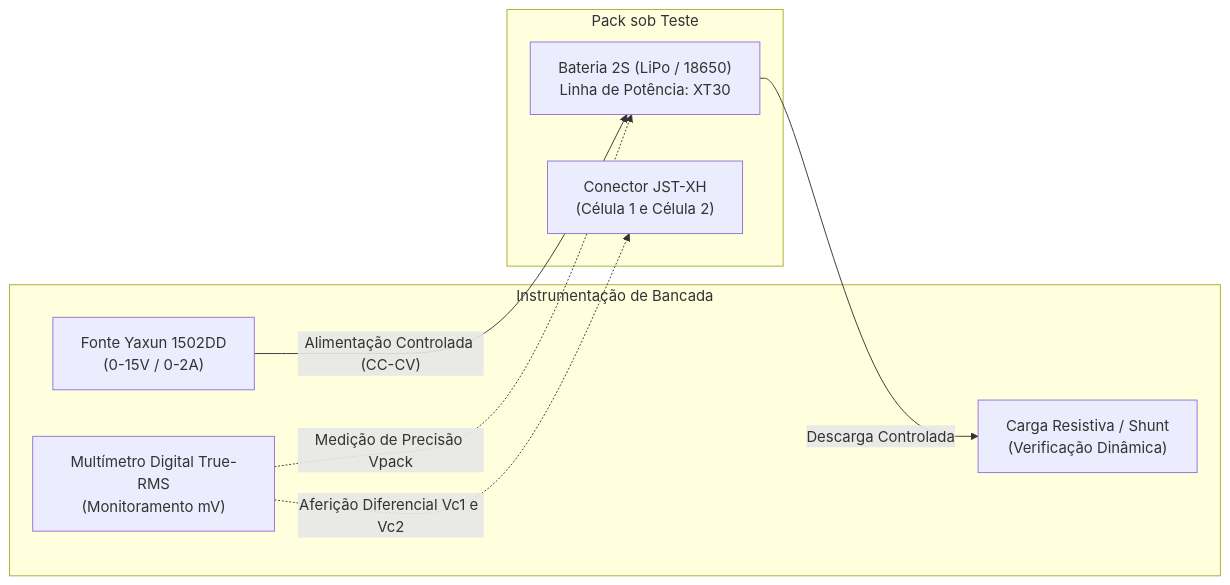
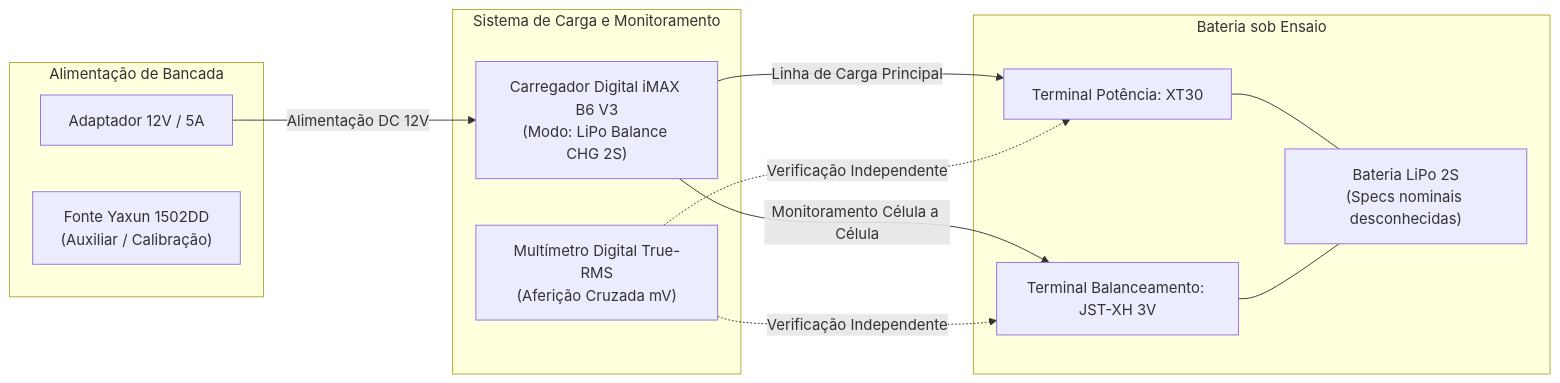
Before and after one commit to claudiohsc/2026_2_PI1_Grupo01_Hilmer-1: the diagram in docs/07-testes/energia/teste-componentes/bateria/teste-bancada-bateria.md, drawn with Mermaid. The commit also changed other lines of this file and 1 other file, not shown here.

Commit message:
docs(energia): atualiza especificações do iMAX B6 V3 e bateria LiPo 2S

````diff
--- a/docs/07-testes/energia/teste-componentes/bateria/teste-bancada-bateria.md
+++ b/docs/07-testes/energia/teste-componentes/bateria/teste-bancada-bateria.md
@@ -31,18 +29,26 @@
 ```mermaid
 graph LR
-    subgraph "Instrumentação de Bancada"
-        Fonte["Fonte Yaxun 1502DD<br>(0-15V / 0-2A)"]
-        Multimetro["Multímetro Digital True-RMS<br>(Monitoramento mV)"]
-        Carga["Carga Resistiva / Shunt<br>(Verificação Dinâmica)"]
+    subgraph "Alimentação de Bancada"
+        Adaptador["Adaptador 12V / 5A"]
+        Fonte["Fonte Yaxun 1502DD<br>(Auxiliar / Calibração)"]
     end
 
-    subgraph "Pack sob Teste"
-        Pack["Bateria 2S (LiPo / 18650)<br>Linha de Potência: XT30"]
-        Balanc["Conector JST-XH<br>(Célula 1 e Célula 2)"]
+    subgraph "Sistema de Carga e Monitoramento"
+        iMAX["Carregador Digital iMAX B6 V3<br>(Modo: LiPo Balance CHG 2S)"]
+        Multimetro["Multímetro Digital True-RMS<br>(Aferição Cruzada mV)"]
     end
 
-    Fonte -->|"Alimentação Controlada (CC-CV)"| Pack
-    Multimetro -.->|"Medição de Precisão Vpack"| Pack
-    Multimetro -.->|"Aferição Diferencial Vc1 e Vc2"| Balanc
-    Pack -->|"Descarga Controlada"| Carga
+    subgraph "Bateria sob Ensaio"
+        Pack["Bateria LiPo 2S<br>(Specs nominais desconhecidas)"]
+        XT30["Terminal Potência: XT30"]
+        JST["Terminal Balanceamento: JST-XH 3V"]
+    end
+
+    Adaptador -->|"Alimentação DC 12V"| iMAX
+    iMAX -->|"Linha de Carga Principal"| XT30
+    iMAX -->|"Monitoramento Célula a Célula"| JST
+    XT30 --- Pack
+    JST --- Pack
+    Multimetro -.->|"Verificação Independente"| JST
+    Multimetro -.->|"Verificação Independente"| XT30
 ```
````
